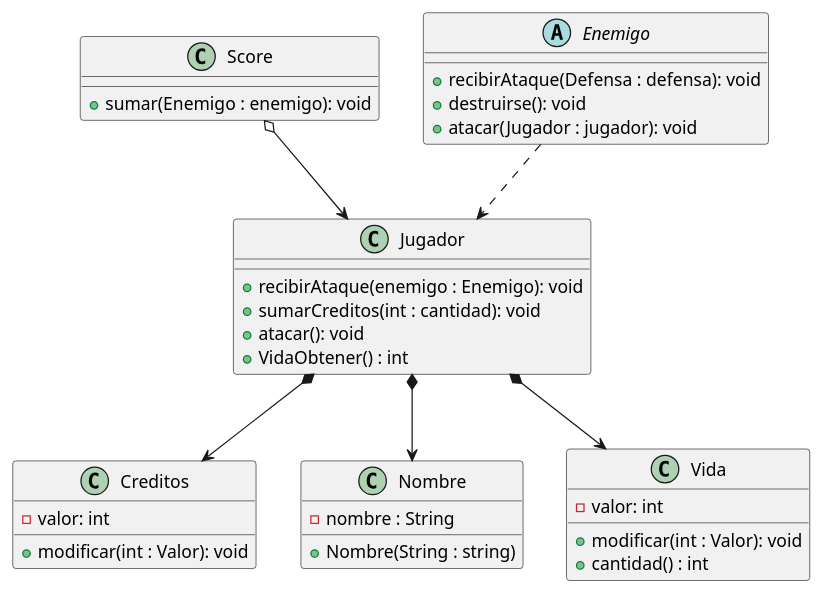
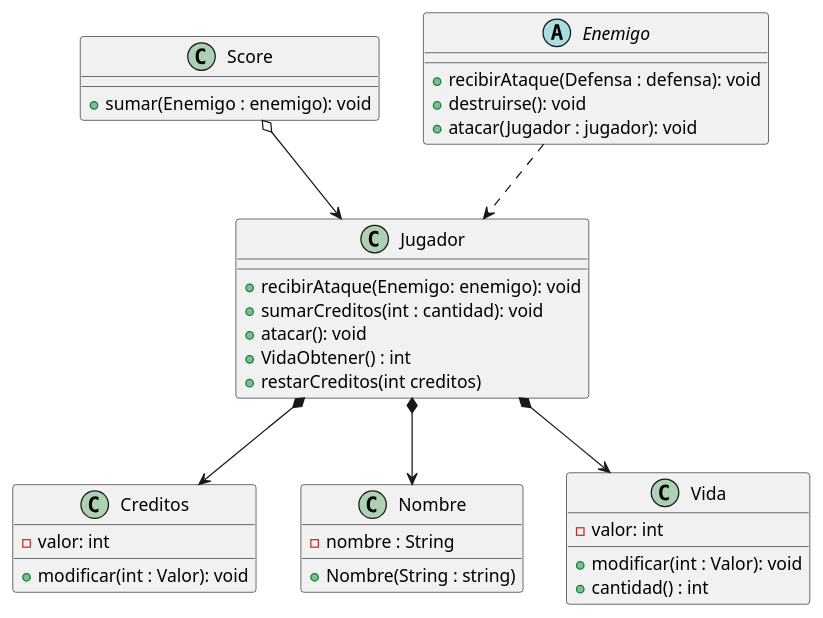
The diagram in diagrams/classes/Jugador_class_diagram.puml (franzimbi/algo3_tp2), drawn with PlantUML before and after one commit. The commit also changed 9 other files, not shown here.

Commit message:
update: test03 entrega1 y plant uml

```diff
--- a/diagrams/classes/Jugador_class_diagram.puml
+++ b/diagrams/classes/Jugador_class_diagram.puml
@@ -1,43 +1,44 @@
 @startuml
 'https://plantuml.com/class-diagram
 
 class Jugador {
-    +recibirAtaque(enemigo : Enemigo): void
+    +recibirAtaque(Enemigo: enemigo): void
     +sumarCreditos(int : cantidad): void
     +atacar(): void
     +VidaObtener() : int
+    +restarCreditos(int creditos)
 }
 
 class Creditos {
     -valor: int
     +modificar(int : Valor): void
 }
 
 class Nombre {
     -nombre : String
     +Nombre(String : string)
 }
 
 class Vida {
     -valor: int
     +modificar(int : Valor): void
     +cantidad() : int
 }
 
 class Score {
     +sumar(Enemigo : enemigo): void
 }
 
 abstract class Enemigo {
     +recibirAtaque(Defensa : defensa): void
     +destruirse(): void
     +atacar(Jugador : jugador): void
 }
 
 Enemigo ..> Jugador
 Jugador  *--> Creditos
 Jugador  *-->  Nombre
 Jugador  *--> Vida
 Score  o-->  Jugador
 
 @enduml
```
